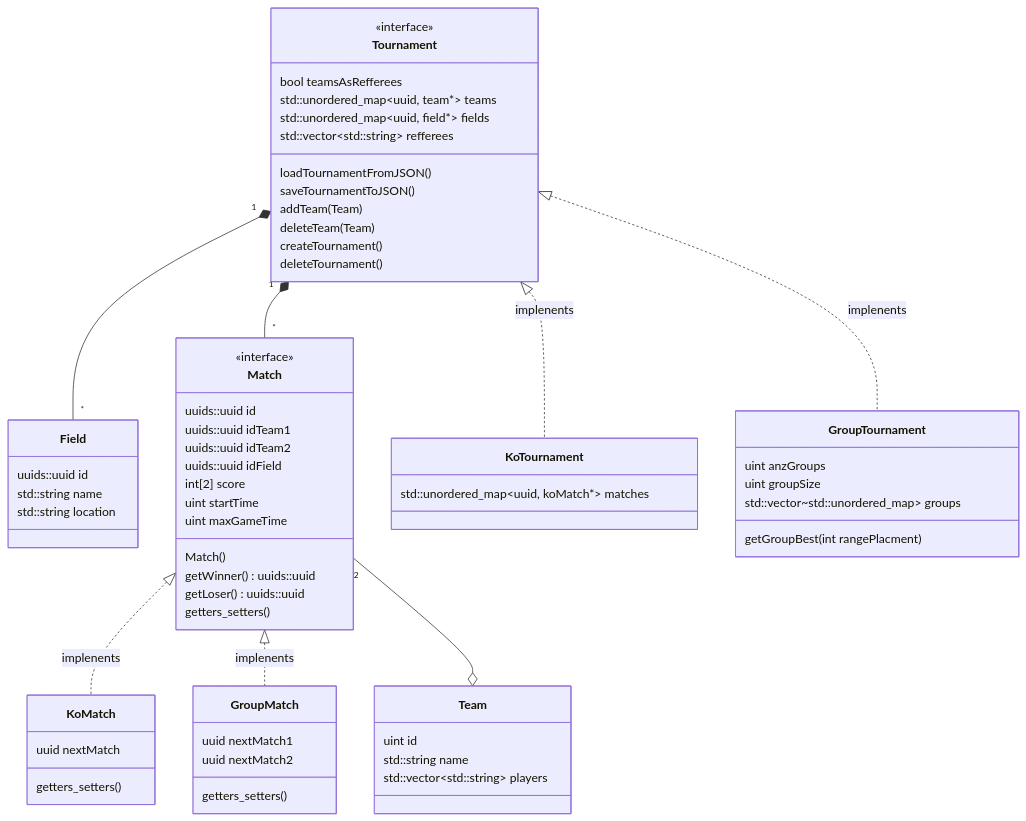
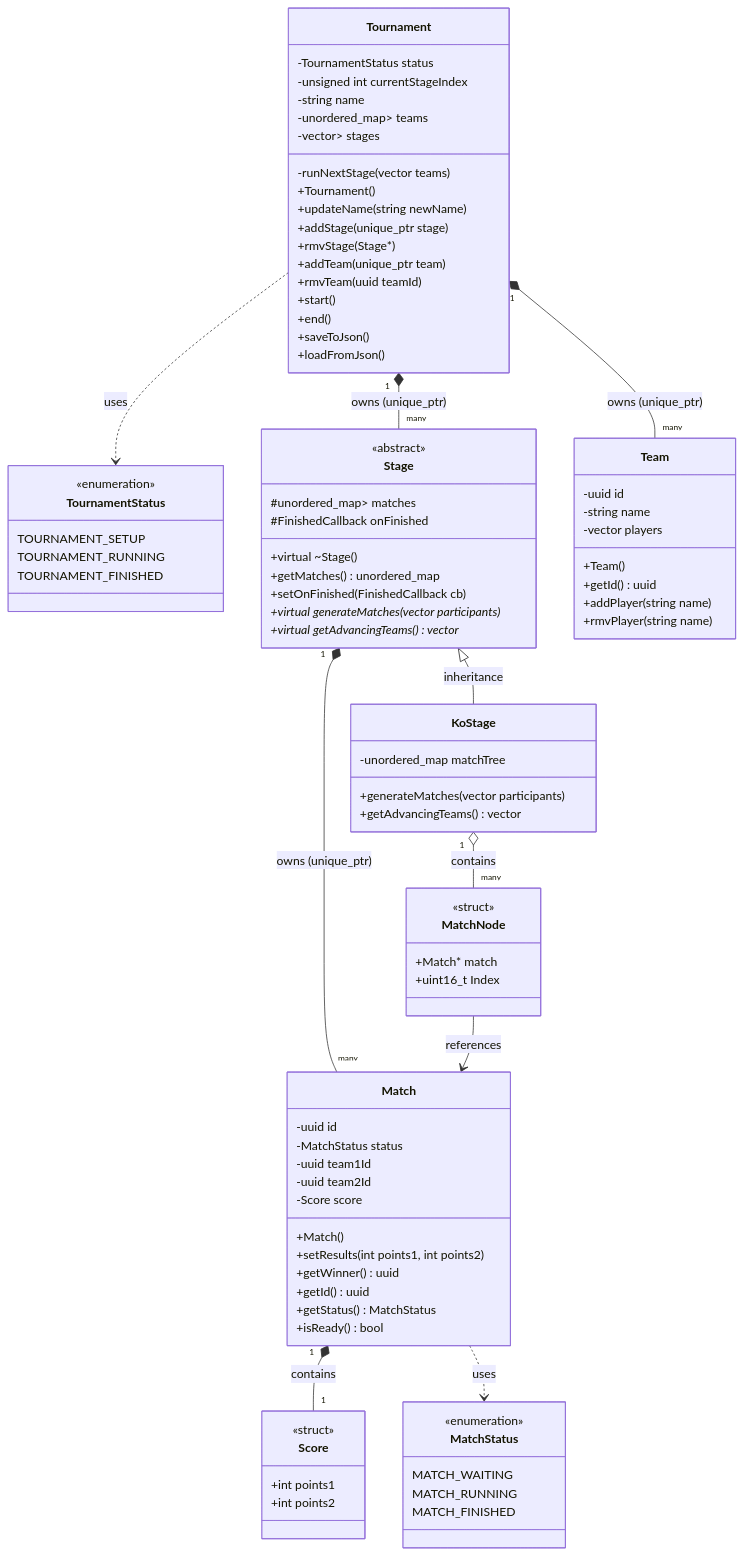
One commit to Schokoladenhai/dhbw-turnierplaner changed the diagram in docs/mermaid/tournament-classes.md. Above: the diagram before and after it, drawn with Mermaid.

Commit message:
docs(mermaid) creating klassen Diagram

````diff
--- a/docs/mermaid/tournament-classes.md
+++ b/docs/mermaid/tournament-classes.md
@@ -1,78 +1,106 @@
 ```mermaid
 classDiagram
-    class Team {
-        uint id
-        std::string name
-        std::vector~std::string~ players 
-    }
-    
-    class Field {
-        uuids::uuid id
-        std::string name
-        std::string location
-        
-    }
-    
-    class Tournament {
-        <<interface>>
-        bool teamsAsRefferees
+    direction TB
 
-        std::unordered_map~uuid, team*~ teams
-        std::unordered_map~uuid, field*~ fields
-        std::vector~std::string~ refferees
-        loadTournamentFromJSON()
-        saveTournamentToJSON()
-        addTeam(Team)
-        deleteTeam(Team)
-        createTournament()
-        deleteTournament()
-    }
-    
-    class Match {
-        <<interface>>
-        uuids::uuid id
-        uuids::uuid idTeam1
-        uuids::uuid idTeam2
-        uuids::uuid idField
-        int[2] score
-        uint startTime
-        uint maxGameTime 
-        Match()
-        getWinner() uuids::uuid
-        getLoser() uuids::uuid
-        getters_setters()
+    %% Enums and Structs
+    class TournamentStatus {
+        <<enumeration>>
+        TOURNAMENT_SETUP
+        TOURNAMENT_RUNNING
+        TOURNAMENT_FINISHED
     }
 
-    class KoMatch{
-        uuid nextMatch
-
-        getters_setters()
-    }
-    class GroupMatch{
-        uuid nextMatch1
-        uuid nextMatch2
-
-        getters_setters()
-    }
-    
-    class KoTournament {
-        std::unordered_map~uuid, koMatch*~ matches
-    }
-     class GroupTournament {
-        
-        uint anzGroups
-        uint groupSize
-        std::vector~std::unordered_map<uuids::uuid groupMatch*>> groups
-        getGroupBest(int rangePlacment)
-
-
+    class MatchStatus {
+        <<enumeration>>
+        MATCH_WAITING
+        MATCH_RUNNING
+        MATCH_FINISHED
     }
 
-    Tournament <|..KoTournament : implenents
-    Tournament <|..GroupTournament : implenents
-    Match <|..KoMatch : implenents
-    Match <|..GroupMatch : implenents
-    Tournament "1" *-- "*" Match
-    Tournament "1" *-- "*" Field
-    Match "2" --o "" Team
+    class Score {
+        <<struct>>
+        +int points1
+        +int points2
+    }
+
+    class MatchNode {
+        <<struct>>
+        +Match* match
+        +uint16_t Index
+    }
+
+    %% Main Classes
+    class Tournament {
+        -TournamentStatus status
+        -unsigned int currentStageIndex
+        -string name
+        -unordered_map<uuid, unique_ptr<Team>> teams
+        -vector<unique_ptr<Stage>> stages
+        -runNextStage(vector<Team*> teams)
+        +Tournament()
+        +updateName(string newName)
+        +addStage(unique_ptr<Stage> stage)
+        +rmvStage(Stage*)
+        +addTeam(unique_ptr<Team> team)
+        +rmvTeam(uuid teamId)
+        +start()
+        +end()
+        +saveToJson()
+        +loadFromJson()
+    }
+
+    class Stage {
+        <<abstract>>
+        #unordered_map<uuid, unique_ptr<Match>> matches
+        #FinishedCallback onFinished
+        +virtual ~Stage()
+        +getMatches() unordered_map
+        +setOnFinished(FinishedCallback cb)
+        +virtual generateMatches(vector<uuid> participants)*
+        +virtual getAdvancingTeams()* vector<uuid>
+    }
+
+    class KoStage {
+        -unordered_map<uuid, MatchNode> matchTree
+        +generateMatches(vector<uuid> participants)
+        +getAdvancingTeams() vector<uuid>
+    }
+
+    class Match {
+        -uuid id
+        -MatchStatus status
+        -uuid team1Id
+        -uuid team2Id
+        -Score score
+        +Match()
+        +setResults(int points1, int points2)
+        +getWinner() uuid
+        +getId() uuid
+        +getStatus() MatchStatus
+        +isReady() bool
+    }
+
+    class Team {
+        -uuid id
+        -string name
+        -vector<string> players
+        +Team()
+        +getId() uuid
+        +addPlayer(string name)
+        +rmvPlayer(string name)
+    }
+
+    %% Relationships
+    Tournament "1" *-- "many" Stage : owns (unique_ptr)
+    Tournament "1" *-- "many" Team : owns (unique_ptr)
+    Tournament ..> TournamentStatus : uses
+
+    Stage "1" *-- "many" Match : owns (unique_ptr)
+    Stage <|-- KoStage : inheritance
+
+    KoStage "1" o-- "many" MatchNode : contains
+    MatchNode --> Match : references
+
+    Match "1" *-- "1" Score : contains
+    Match ..> MatchStatus : uses
    ```
````
